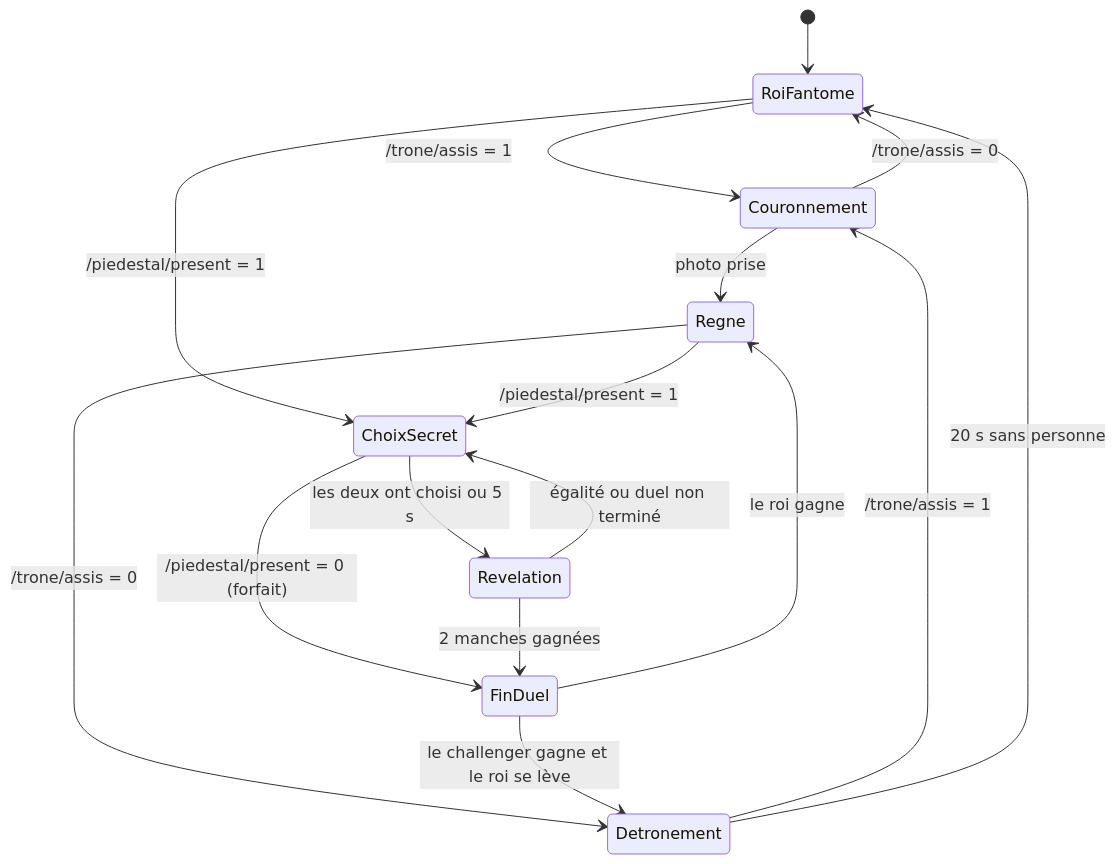
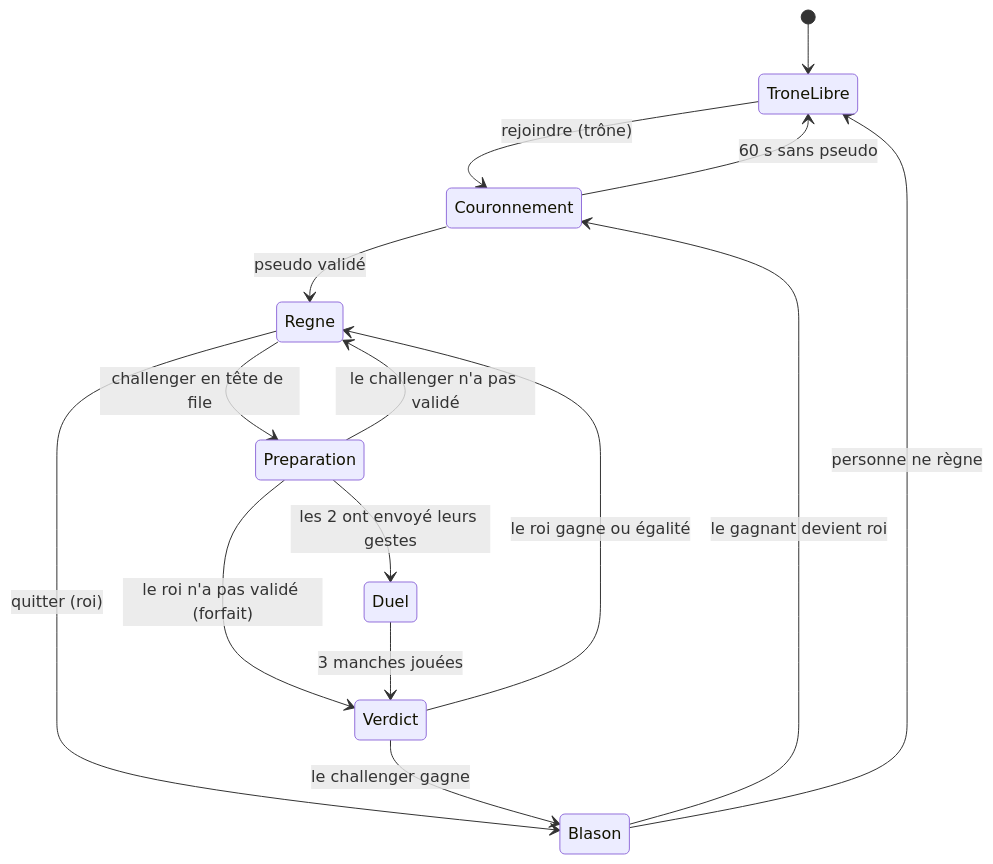
One commit to jaydenF08/Dethrone changed the second of 2 diagrams in prog/README.md. Above: the diagram before and after it, drawn with Mermaid. The commit also changed other lines of this file and 13 other files, not shown here.

````diff
--- a/prog/README.md
+++ b/prog/README.md
@@ -60,18 +59,17 @@
 ```mermaid
 stateDiagram-v2
-    [*] --> RoiFantome
-    RoiFantome --> Couronnement: /trone/assis = 1
-    RoiFantome --> ChoixSecret: /piedestal/present = 1
-    Couronnement --> Regne: photo prise
-    Couronnement --> RoiFantome: /trone/assis = 0
-    Regne --> ChoixSecret: /piedestal/present = 1
-    Regne --> Detronement: /trone/assis = 0
-    ChoixSecret --> Revelation: les deux ont choisi ou 5 s
-    ChoixSecret --> FinDuel: /piedestal/present = 0 (forfait)
-    Revelation --> ChoixSecret: égalité ou duel non terminé
-    Revelation --> FinDuel: 2 manches gagnées
-    FinDuel --> Regne: le roi gagne
-    FinDuel --> Detronement: le challenger gagne et le roi se lève
-    Detronement --> Couronnement: /trone/assis = 1
-    Detronement --> RoiFantome: 20 s sans personne
+    [*] --> TroneLibre
+    TroneLibre --> Couronnement: rejoindre (trône)
+    Couronnement --> Regne: pseudo validé
+    Couronnement --> TroneLibre: 60 s sans pseudo
+    Regne --> Preparation: challenger en tête de file
+    Regne --> Blason: quitter (roi)
+    Preparation --> Duel: les 2 ont envoyé leurs gestes
+    Preparation --> Regne: le challenger n'a pas validé
+    Preparation --> Verdict: le roi n'a pas validé (forfait)
+    Duel --> Verdict: 3 manches jouées
+    Verdict --> Regne: le roi gagne ou égalité
+    Verdict --> Blason: le challenger gagne
+    Blason --> Couronnement: le gagnant devient roi
+    Blason --> TroneLibre: personne ne règne
 ```
````
